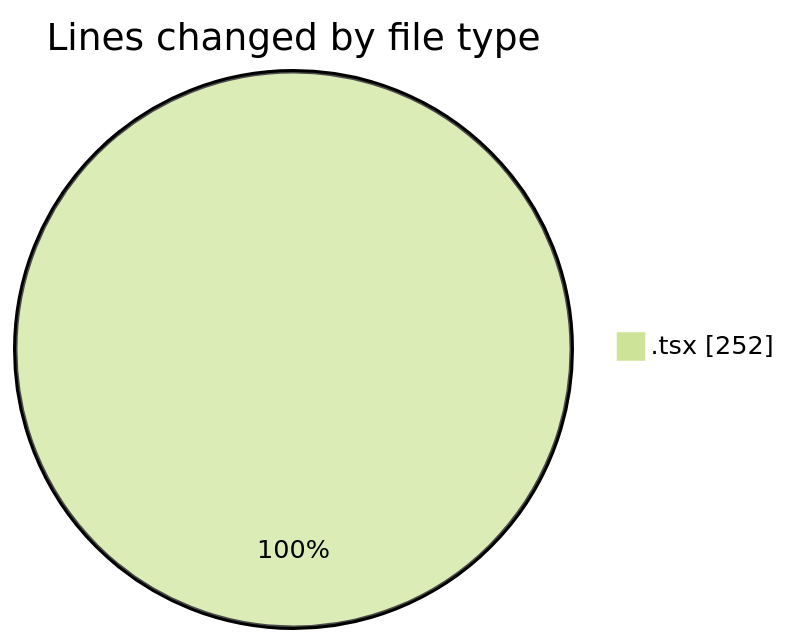
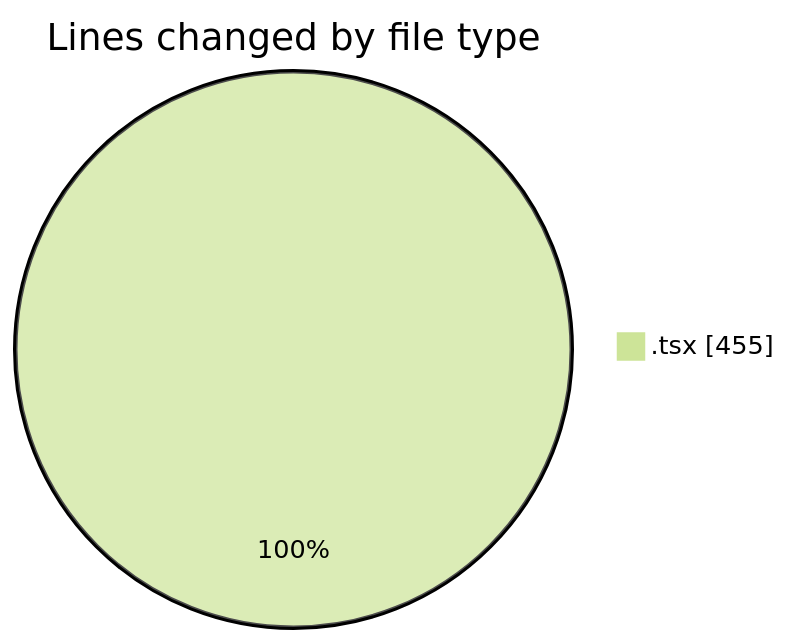
One commit to nxtqubesakshisongat/code-tracking changed the first of 2 diagrams in 2026-02-09/nxtqube_webapp/README.md. Above: the diagram before and after it, drawn with Mermaid (forest theme). The commit also changed other lines of this file and 1 other file, not shown here.

````diff
--- a/2026-02-09/nxtqube_webapp/README.md
+++ b/2026-02-09/nxtqube_webapp/README.md
@@ -20,5 +21,5 @@
 ```mermaid
 pie showData
 title Lines changed by file type
-".tsx" : 252
+".tsx" : 455
 ```
````
